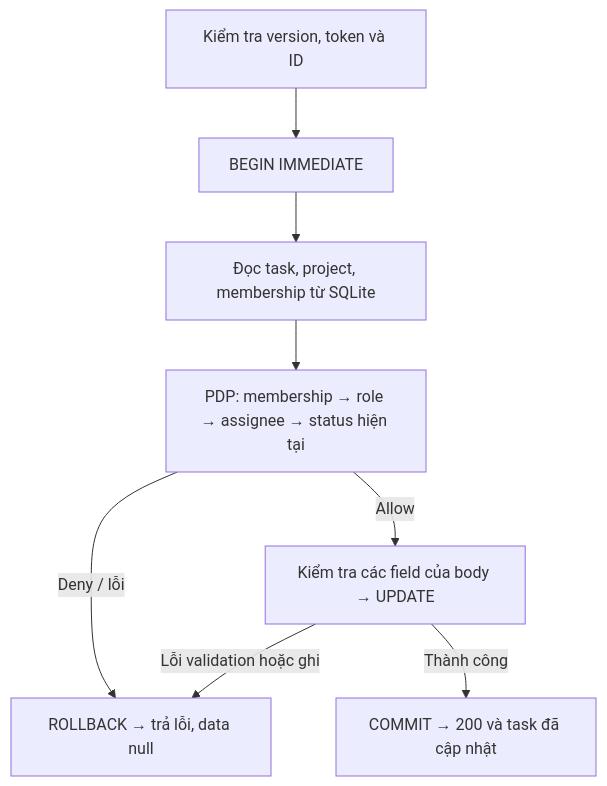
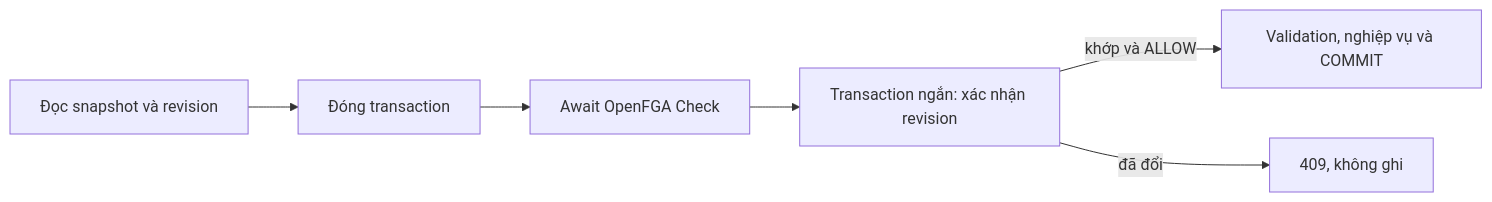
The fourth of 4 diagrams in report.md (giabao1509/AdvanceWeb_Assigment), drawn with Mermaid before and after one commit. The commit also changed other lines of this file and 68 other files, not shown here.

Commit message:
feat: integrate OpenFGA authorization with SQLite

````diff
--- a/report.md
+++ b/report.md
@@ -164,10 +118,8 @@
 ```mermaid
-flowchart TB
-  A[Kiểm tra version, token và ID] --> B[BEGIN IMMEDIATE]
-  B --> C[Đọc task, project, membership từ SQLite]
-  C --> D[PDP: membership → role → assignee → status hiện tại]
-  D -->|Deny / lỗi| E[ROLLBACK → trả lỗi, data null]
-  D -->|Allow| F[Kiểm tra các field của body → UPDATE]
-  F -->|Lỗi validation hoặc ghi| E
-  F -->|Thành công| G[COMMIT → 200 và task đã cập nhật]
+flowchart LR
+  A[Đọc snapshot và revision] --> B[Đóng transaction]
+  B --> C[Await OpenFGA Check]
+  C --> D[Transaction ngắn: xác nhận revision]
+  D -->|khớp và ALLOW| E[Validation, nghiệp vụ và COMMIT]
+  D -->|đã đổi| F[409, không ghi]
 ```
````
